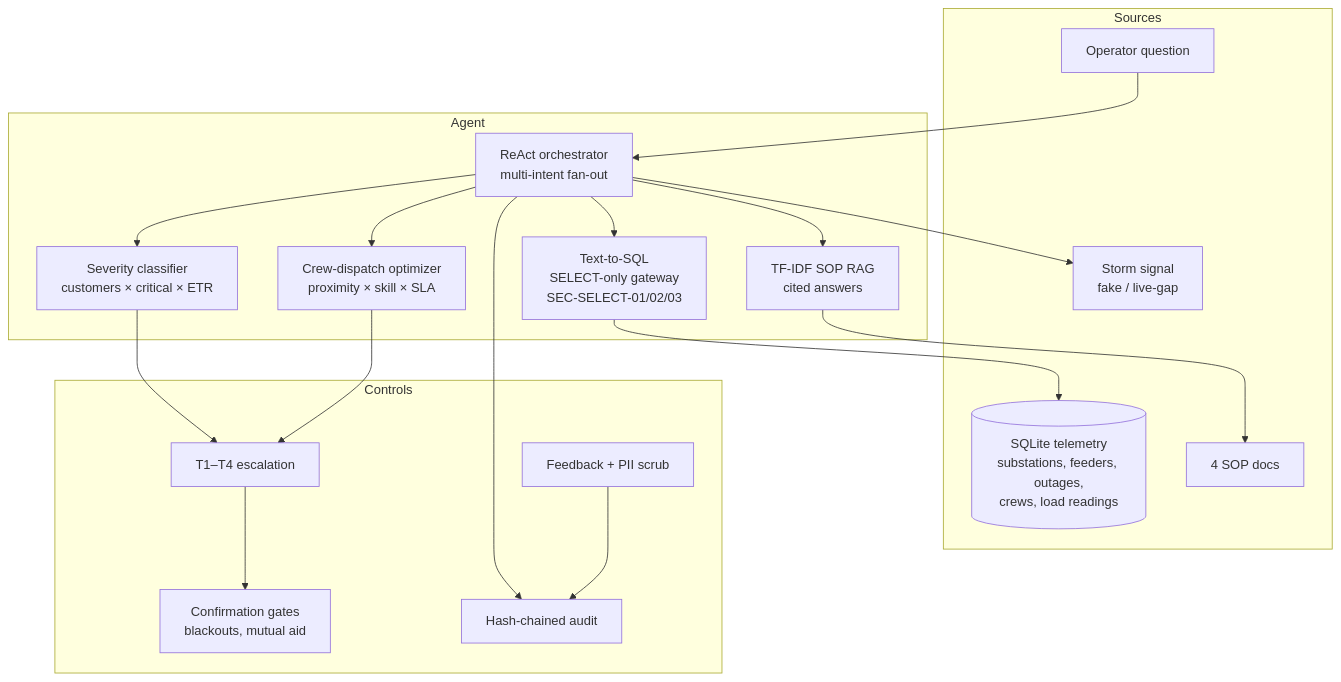
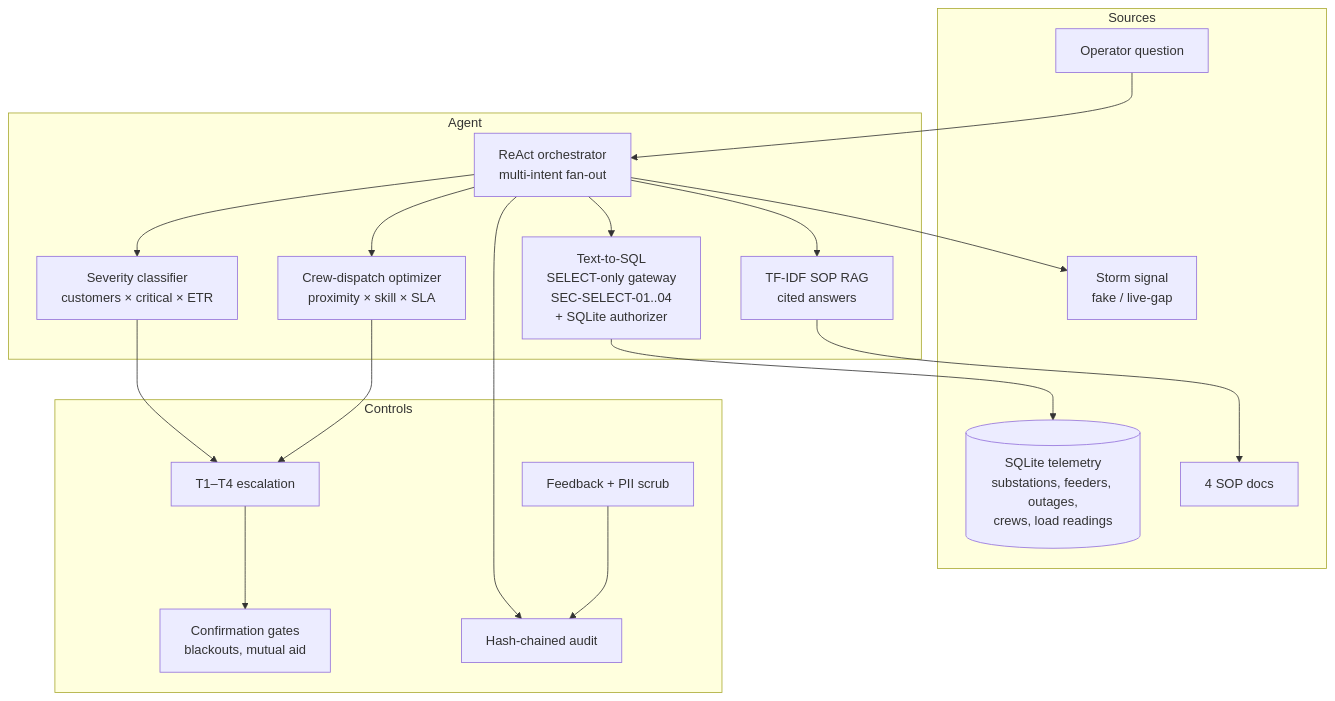
The diagram in knowledge/architecture.md (jagadishmazure-jpg/Jagadish-energy-grid-agents), drawn with Mermaid before and after one commit. The commit also changed 22 other files, not shown here.

First line of the commit message:
Standardize: CI, security files, gateway authorizer backstop, review fixes

````diff
--- a/knowledge/architecture.md
+++ b/knowledge/architecture.md
@@ -3,36 +3,36 @@
 ```mermaid
 flowchart TB
     subgraph Sources
         DB[(SQLite telemetry<br/>substations, feeders, outages,<br/>crews, load readings)]
         SOP[4 SOP docs]
         WX[Storm signal<br/>fake / live-gap]
         OP[Operator question]
     end
 
     subgraph Agent
         ORCH[ReAct orchestrator<br/>multi-intent fan-out]
-        T2S[Text-to-SQL<br/>SELECT-only gateway<br/>SEC-SELECT-01/02/03]
+        T2S[Text-to-SQL<br/>SELECT-only gateway<br/>SEC-SELECT-01..04<br/>+ SQLite authorizer]
         SEV[Severity classifier<br/>customers × critical × ETR]
         DSP[Crew-dispatch optimizer<br/>proximity × skill × SLA]
         RAG[TF-IDF SOP RAG<br/>cited answers]
     end
 
     subgraph Controls
         TIER[T1–T4 escalation]
         GATE[Confirmation gates<br/>blackouts, mutual aid]
         AUDIT[Hash-chained audit]
         FB[Feedback + PII scrub]
     end
 
     OP --> ORCH
     ORCH --> T2S --> DB
     ORCH --> SEV
     ORCH --> DSP
     ORCH --> RAG --> SOP
     ORCH --> WX
     SEV --> TIER
     DSP --> TIER
     TIER --> GATE
     ORCH --> AUDIT
     FB --> AUDIT
 ```
````
